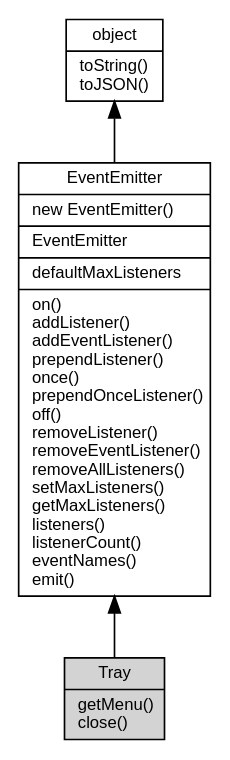
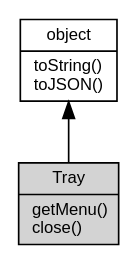
The diagram in docs/manual/object/ifs/Tray.md (fibjs/fibjs.org), drawn with Graphviz before and after one commit. The commit also changed other lines of this file and 11 other files, not shown here.

````diff
--- a/docs/manual/object/ifs/Tray.md
+++ b/docs/manual/object/ifs/Tray.md
@@ -5,12 +5,10 @@
 ```dot
 digraph {
     node [fontname="Helvetica,sans-Serif", fontsize=10, shape="record", style="filled", fillcolor="white"];
 
     object [tooltip="object", URL="object.md", label="{object|toString()\ltoJSON()\l}"];
-    EventEmitter [tooltip="EventEmitter", URL="EventEmitter.md", label="{EventEmitter|new EventEmitter()\l|EventEmitter\l|defaultMaxListeners\l|on()\laddListener()\laddEventListener()\lprependListener()\lonce()\lprependOnceListener()\loff()\lremoveListener()\lremoveEventListener()\lremoveAllListeners()\lsetMaxListeners()\lgetMaxListeners()\llisteners()\llistenerCount()\leventNames()\lemit()\l}"];
     Tray [tooltip="Tray", fillcolor="lightgray", id="me", label="{Tray|getMenu()\lclose()\l}"];
 
-    object -> EventEmitter [dir=back];
-    EventEmitter -> Tray [dir=back];
+    object -> Tray [dir=back];
 }
 ```
````
